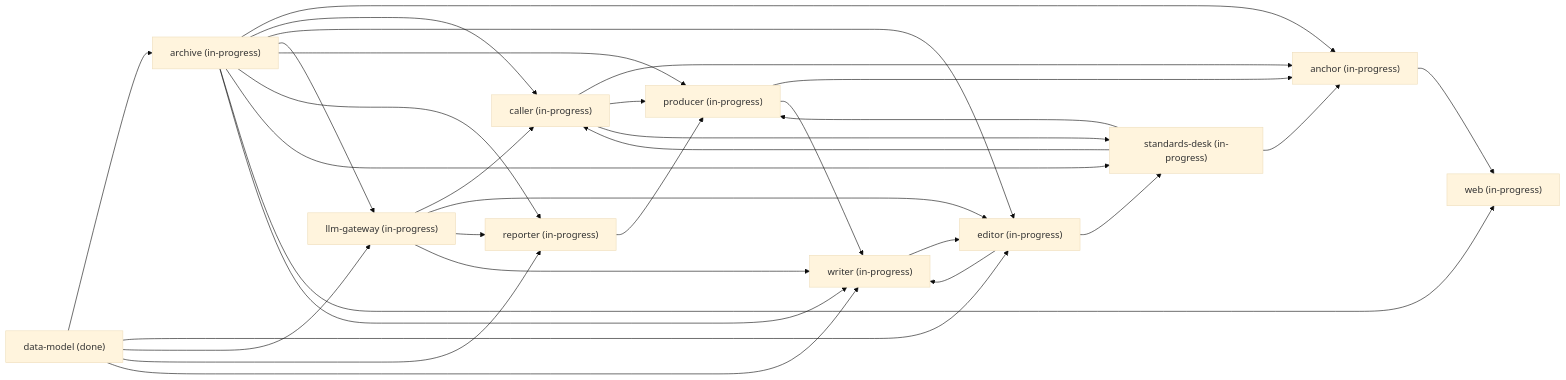
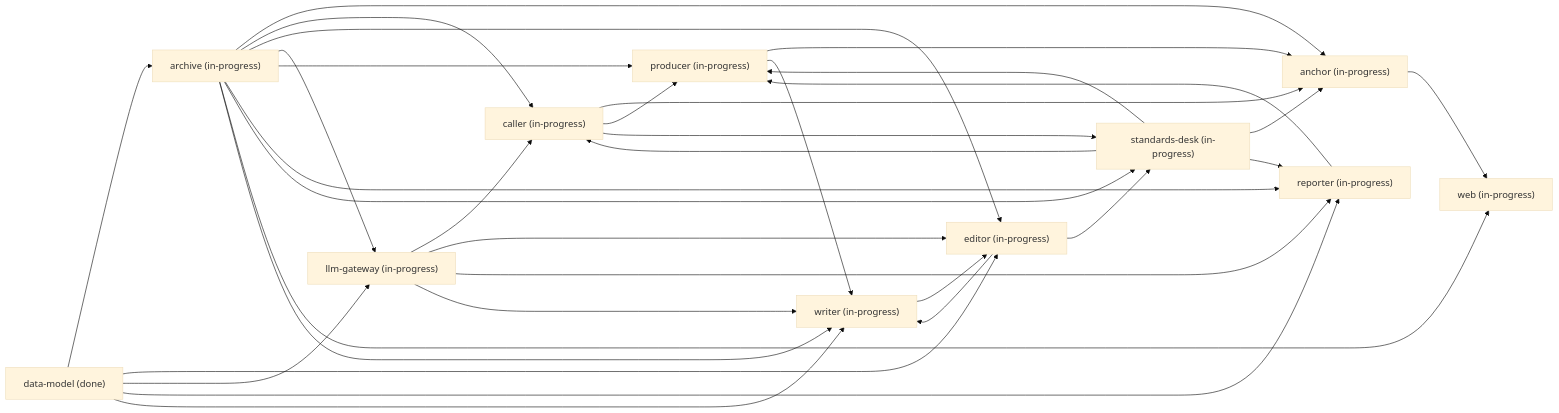
One commit to Yadnu/newsroom changed the diagram in context/GRAPH.md. Above: the diagram before and after it, drawn with Mermaid (base theme). The commit also changed other lines of this file and 36 other files, not shown here.

First line of the commit message:
standards-desk: correction pipeline; a source retraction flags affected briefings and aired claims get an on-air correction (task 6.2)

````diff
--- a/context/GRAPH.md
+++ b/context/GRAPH.md
@@ -30,45 +30,46 @@
 ```mermaid
 flowchart LR
   anchor["anchor (in-progress)"]
   archive["archive (in-progress)"]
   caller["caller (in-progress)"]
   data_model["data-model (done)"]
   editor["editor (in-progress)"]
   llm_gateway["llm-gateway (in-progress)"]
   producer["producer (in-progress)"]
   reporter["reporter (in-progress)"]
   standards_desk["standards-desk (in-progress)"]
   web["web (in-progress)"]
   writer["writer (in-progress)"]
   anchor --> web
   archive --> anchor
   archive --> caller
   archive --> editor
   archive --> llm_gateway
   archive --> producer
   archive --> reporter
   archive --> standards_desk
   archive --> web
   archive --> writer
   caller --> anchor
   caller --> producer
   caller --> standards_desk
   data_model --> archive
   data_model --> editor
   data_model --> llm_gateway
   data_model --> reporter
   data_model --> writer
   editor --> standards_desk
   editor --> writer
   llm_gateway --> caller
   llm_gateway --> editor
   llm_gateway --> reporter
   llm_gateway --> writer
   producer --> anchor
   producer --> writer
   reporter --> producer
   standards_desk --> anchor
   standards_desk --> caller
   standards_desk --> producer
+  standards_desk --> reporter
   writer --> editor
 ```
````
